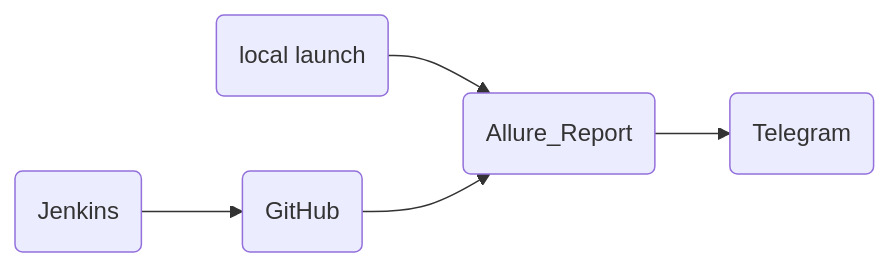
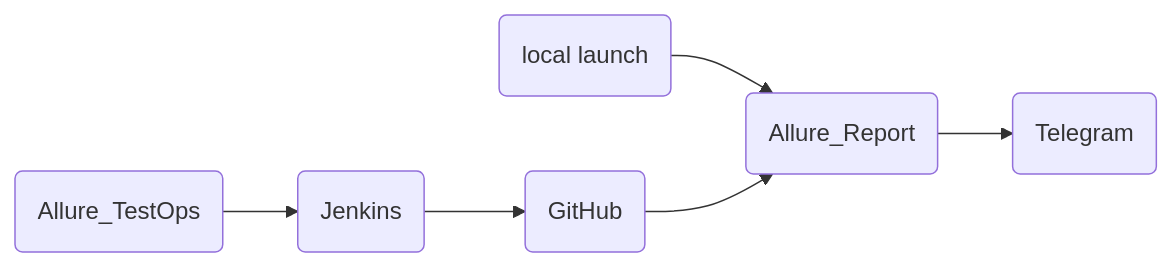
One commit to maxkonushkin/FirstProject changed the diagram in README.md. Above: the diagram before and after it, drawn with Mermaid.

Commit message:
add mermaid

````diff
--- a/README.md
+++ b/README.md
@@ -60,5 +60,6 @@
 ``` mermaid
 flowchart LR;
 A(local launch)-->B(Allure_Report);
     C(Jenkins)-->D(GitHub)-->B(Allure_Report)-->E(Telegram);
+    Q(Allure_TestOps)-->C(Jenkins);
 ```
````
